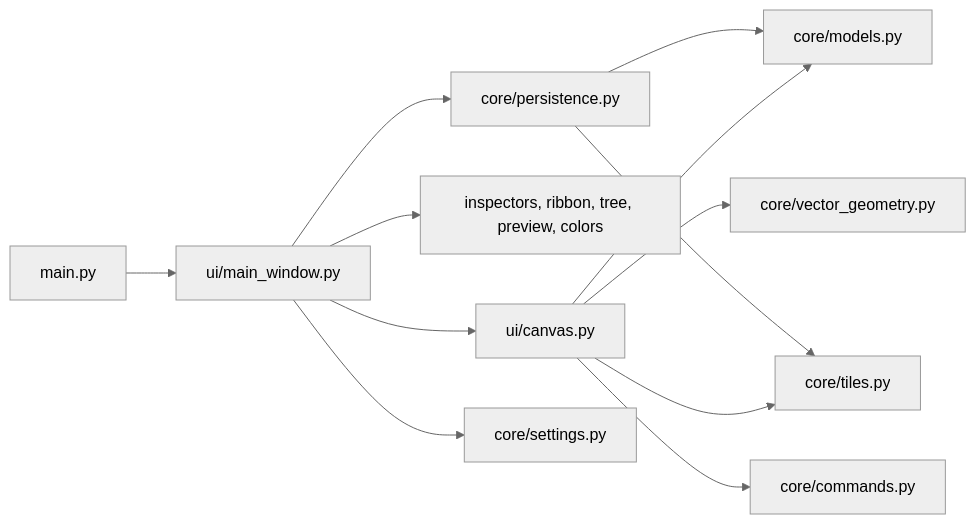
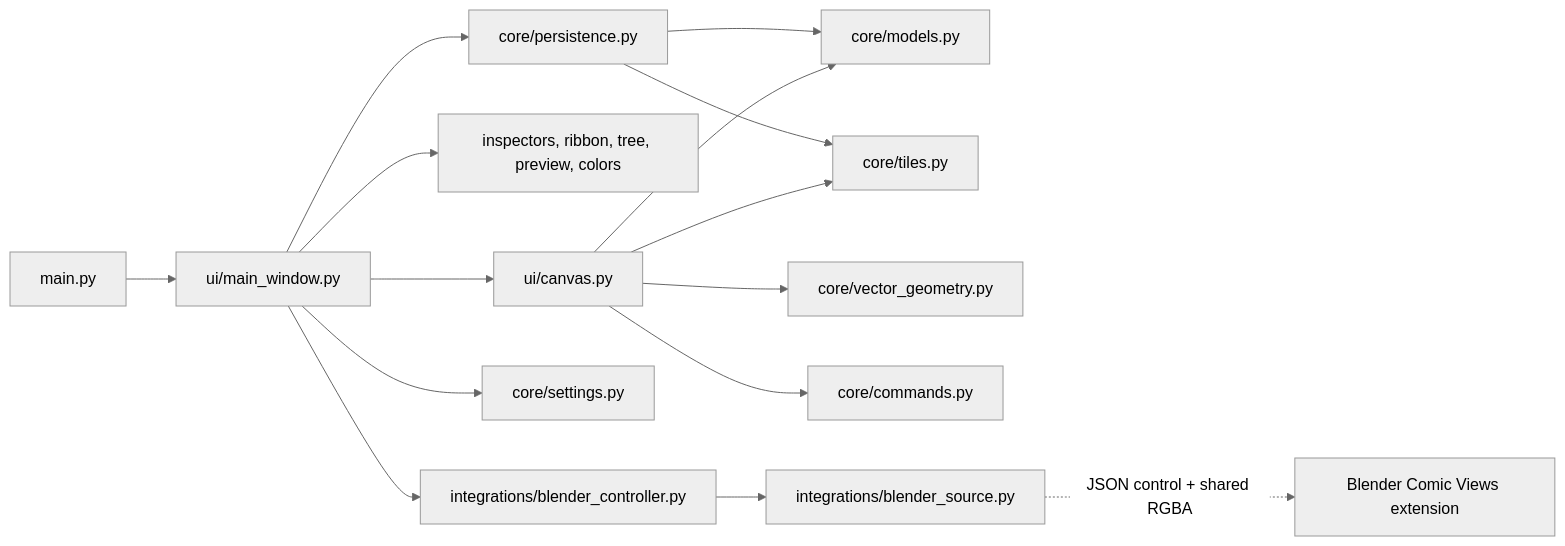
Before and after one commit to dsat4200/webtoon-maker: the diagram in docs/llm/04-codebase-structure-and-scripts.md, drawn with Mermaid (neutral theme). The commit also changed other lines of this file and 105 other files, not shown here.

````diff
--- a/docs/llm/04-codebase-structure-and-scripts.md
+++ b/docs/llm/04-codebase-structure-and-scripts.md
@@ -50,14 +56,17 @@
 ```mermaid
 flowchart LR
     E["main.py"] --> W["ui/main_window.py"]
     W --> C["ui/canvas.py"]
     W --> UI["inspectors, ribbon, tree, preview, colors"]
     C --> M["core/models.py"]
     C --> T["core/tiles.py"]
     C --> V["core/vector_geometry.py"]
     C --> U["core/commands.py"]
     W --> P["core/persistence.py"]
     P --> M
     P --> T
     W --> S["core/settings.py"]
+    W --> BI["integrations/blender_controller.py"]
+    BI --> BS["integrations/blender_source.py"]
+    BS -. "JSON control + shared RGBA" .-> BE["Blender Comic Views extension"]
 ```
````
